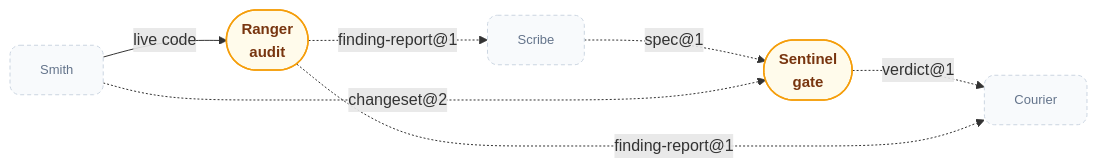
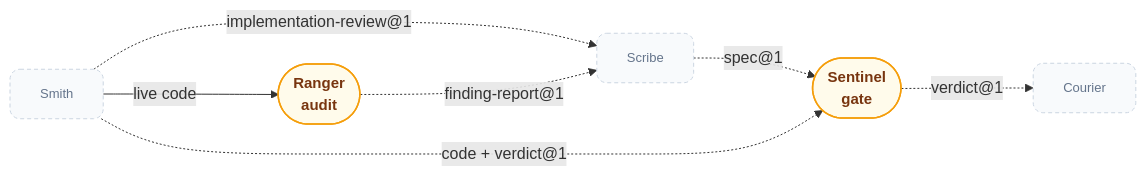
Before and after one commit to orin-dx/agent-plugins: the third of 7 diagrams in ARCHITECTURE.md, drawn with Mermaid. The commit also changed other lines of this file and 92 other files, not shown here.

````diff
--- a/ARCHITECTURE.md
+++ b/ARCHITECTURE.md
@@ -89,23 +89,23 @@
 ```mermaid
 %%{init: {'flowchart': {'curve': 'basis', 'nodeSpacing': 40, 'rankSpacing': 60}}}%%
 flowchart LR
     classDef anchor fill:#f8fafc,stroke:#cbd5e1,stroke-width:1px,color:#64748b,rx:10,ry:10,font-size:13px,stroke-dasharray:4 3;
     classDef verify fill:#fffbeb,stroke:#f59e0b,stroke-width:1.5px,color:#78350f,rx:10,ry:10,font-size:15px,font-weight:600;
 
     sc2[Scribe]:::anchor
     sm2[Smith]:::anchor
     co2[Courier]:::anchor
 
     se([Sentinel\ngate])
     ra([Ranger\naudit])
 
     sc2 -.->|"spec@1"| se
-    sm2 -.->|"changeset@2"| se
+    sm2 -.->|"code + verdict@1"| se
+    sm2 -.->|"implementation-review@1"| sc2
     se -.->|"verdict@1"| co2
 
     sm2 -->|"live code"| ra
-    ra -.->|"finding-report@1"| co2
     ra -.->|"finding-report@1"| sc2
 
     class se,ra verify
 ```
````
